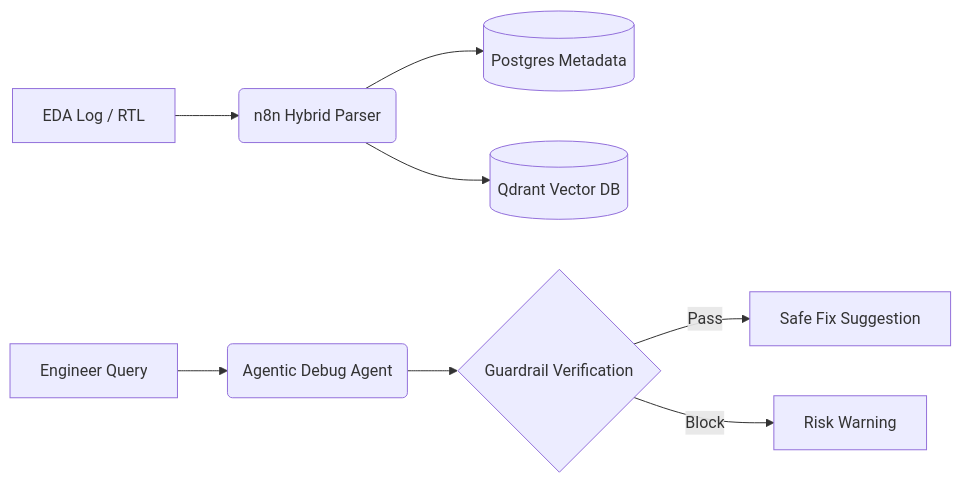
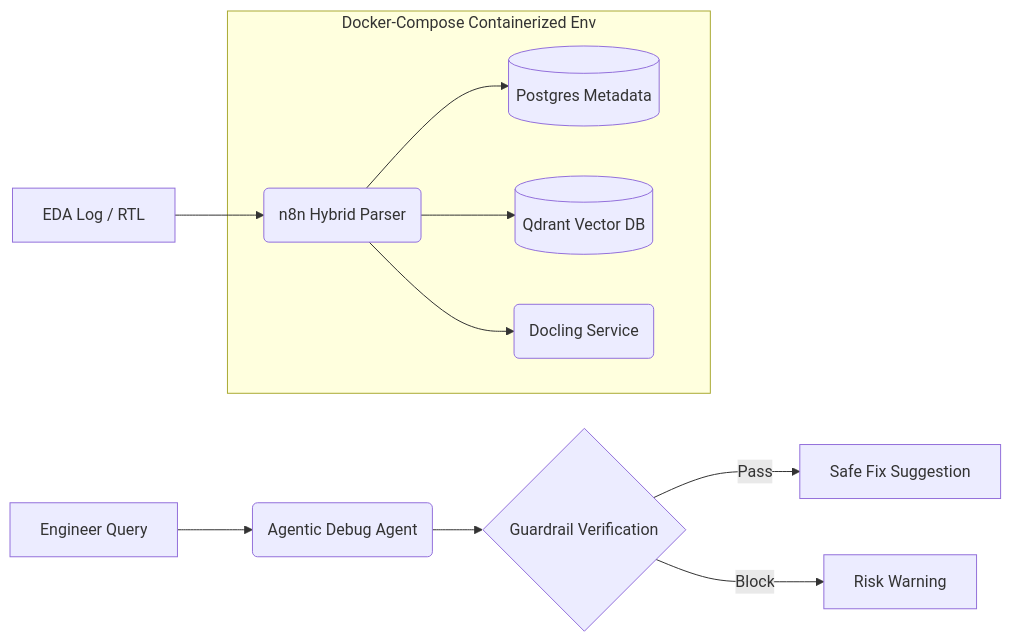
The diagram in README.md (stevenaiguy/Agentic-EDA-Copilot), drawn with Mermaid before and after one commit. The commit also changed other lines of this file, not shown here.

First line of the commit message:
Enhance README with Docker and PostgreSQL details

````diff
--- a/README.md
+++ b/README.md
@@ -60,10 +72,17 @@
 ```mermaid
 graph LR
-    A[EDA Log / RTL] --> B(n8n Hybrid Parser)
-    B --> C[(Postgres Metadata)]
-    B --> D[(Qdrant Vector DB)]
+    subgraph Local_Infrastructure ["Docker-Compose Containerized Env"]
+        B(n8n Hybrid Parser)
+        C[(Postgres Metadata)]
+        D[(Qdrant Vector DB)]
+        K(Docling Service)
+    end
+    A[EDA Log / RTL] --> B
+    B --> C
+    B --> D
+    B --> K
     E[Engineer Query] --> F(Agentic Debug Agent)
     F --> G{Guardrail Verification}
     G -->|Pass| H[Safe Fix Suggestion]
     G -->|Block| I[Risk Warning]
 ```
````
